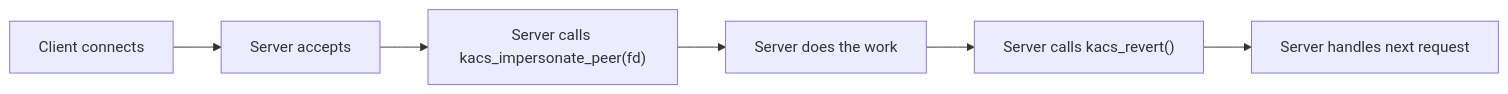
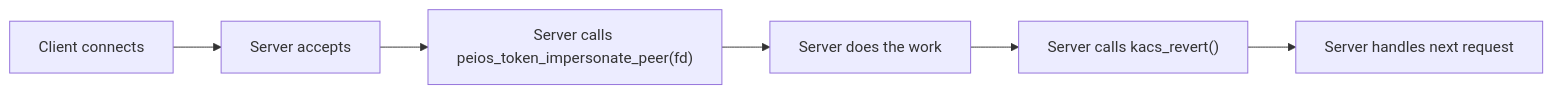
Before and after one commit to peios/learn: the second of 3 diagrams in peios.product/1--security-fundamentals.antho/100--identity.shelf/600--impersonation.topic/100--overview.md, drawn with Mermaid. The commit also changed other lines of this file and 25 other files, not shown here.

First line of the commit message:
docs(kacs): peer identity moves to the SOL_KACS socket options

````diff
--- a/peios.product/1--security-fundamentals.antho/100--identity.shelf/600--impersonation.topic/100--overview.md
+++ b/peios.product/1--security-fundamentals.antho/100--identity.shelf/600--impersonation.topic/100--overview.md
@@ -38,8 +38,8 @@
 ```mermaid
 flowchart LR
     A["Client connects"] --> B["Server accepts"]
-    B --> C["Server calls kacs_impersonate_peer(fd)"]
+    B --> C["Server calls peios_token_impersonate_peer(fd)"]
     C --> D["Server does the work"]
     D --> E["Server calls kacs_revert()"]
     E --> F["Server handles next request"]
 ```
````
